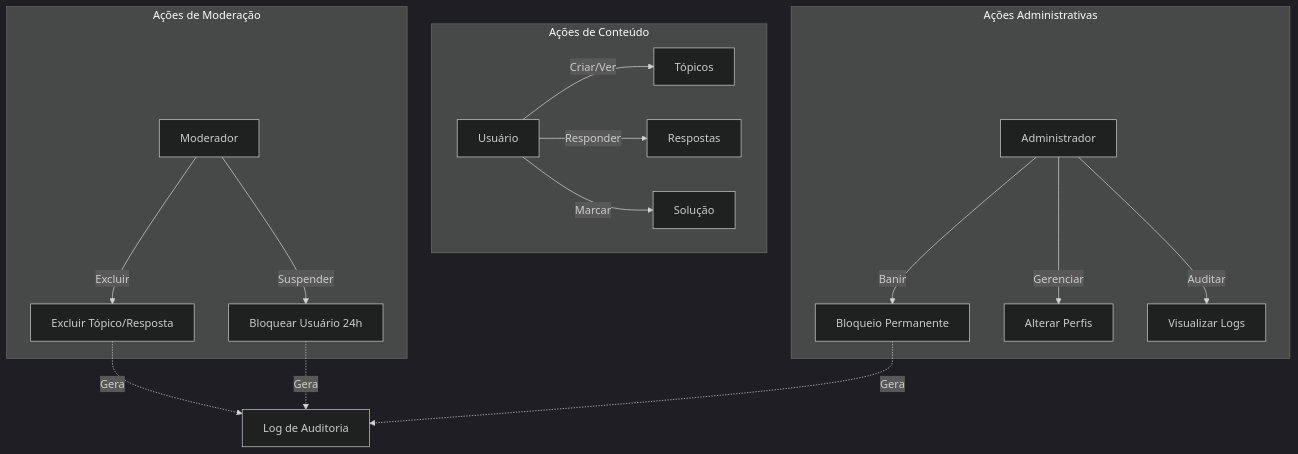
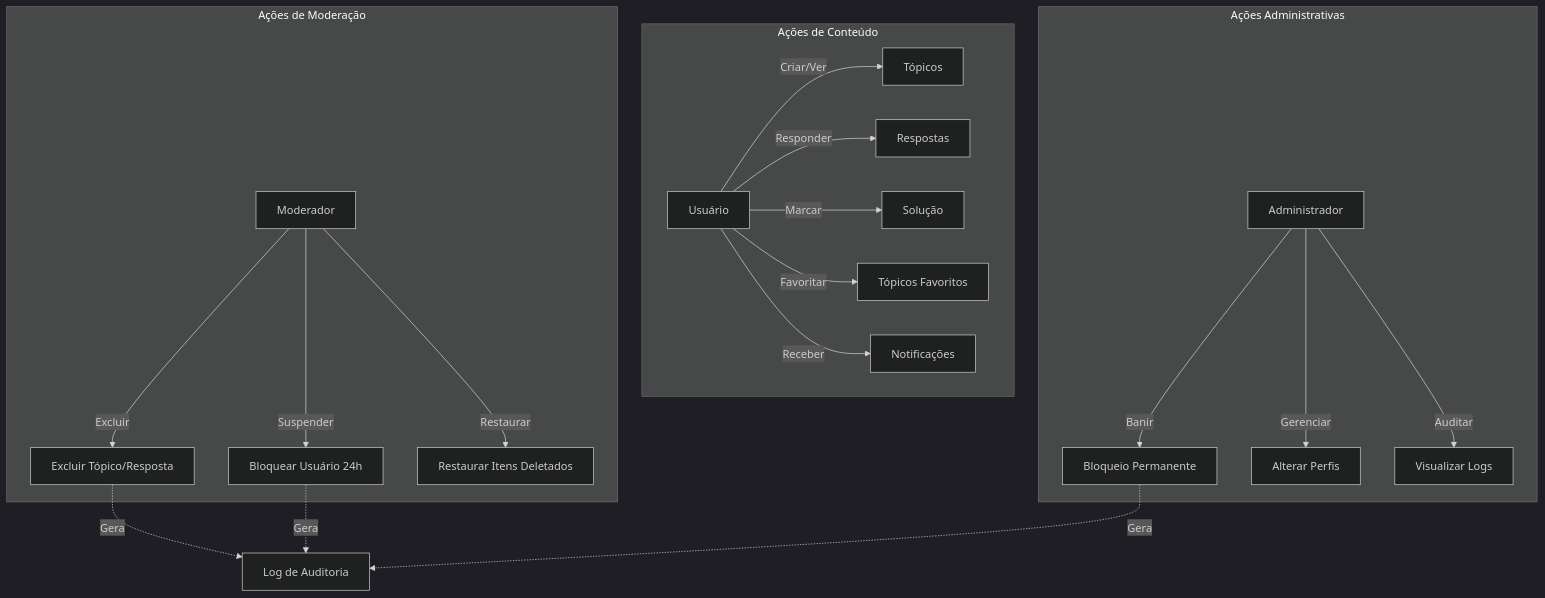
One commit to DessimA/forum-hub changed the diagram in docs/pt-br/diagramas/casos-uso.mmd. Above: the diagram before and after it, drawn with Mermaid (dark theme). The commit also changed 80 other files, not shown here.

````diff
--- a/docs/pt-br/diagramas/casos-uso.mmd
+++ b/docs/pt-br/diagramas/casos-uso.mmd
@@ -1,27 +1,30 @@
 ```mermaid
 graph TD
     User[Usuário]
     Moderator[Moderador]
     Admin[Administrador]
     
     subgraph "Ações de Conteúdo"
         User -->|Criar/Ver| Topics[Tópicos]
         User -->|Responder| Answers[Respostas]
         User -->|Marcar| Solution[Solução]
+        User -->|Favoritar| Favorites[Tópicos Favoritos]
+        User -->|Receber| Notifications[Notificações]
     end
     
     subgraph "Ações de Moderação"
         Moderator -->|Excluir| Delete[Excluir Tópico/Resposta]
         Moderator -->|Suspender| Block[Bloquear Usuário 24h]
+        Moderator -->|Restaurar| Restore[Restaurar Itens Deletados]
     end
     
     subgraph "Ações Administrativas"
         Admin -->|Banir| Ban[Bloqueio Permanente]
         Admin -->|Gerenciar| Roles[Alterar Perfis]
         Admin -->|Auditar| Audit[Visualizar Logs]
     end
     
     Delete -.->|Gera| Log[Log de Auditoria]
     Block -.->|Gera| Log
     Ban -.->|Gera| Log
 ```
````
